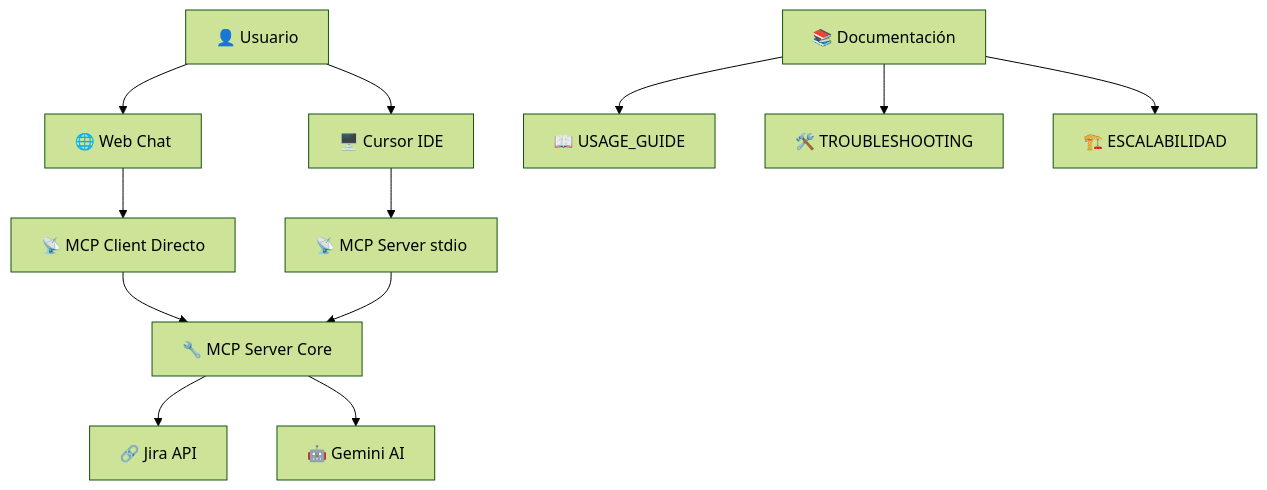
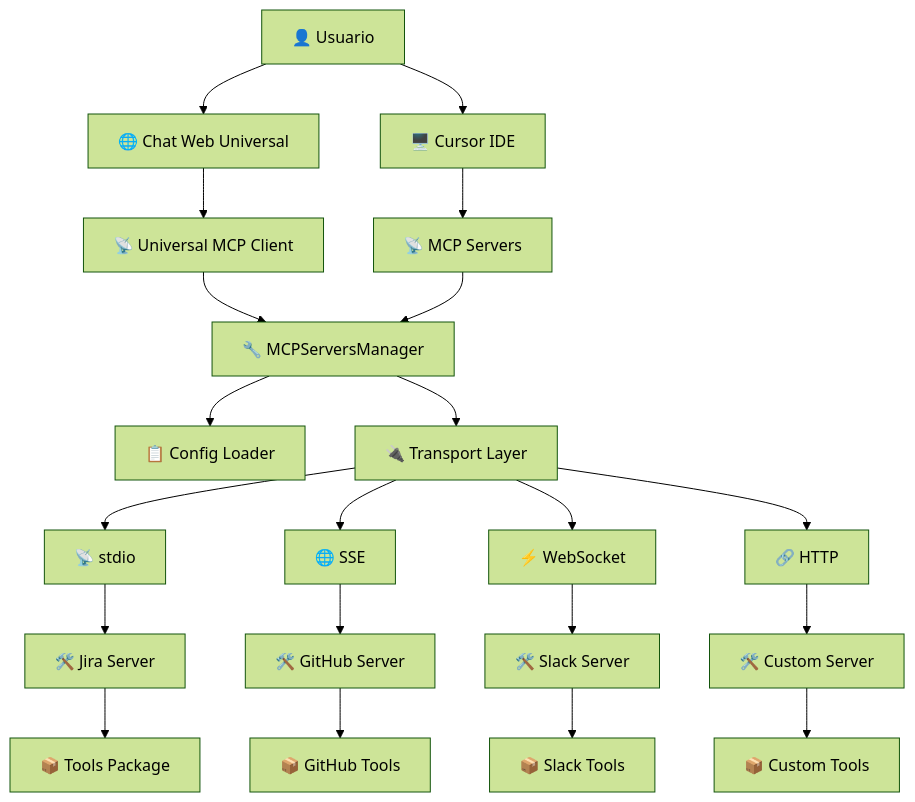
The diagram in README.md (JesusDevs/jira-mcp-chat), drawn with Mermaid (forest theme) before and after one commit. The commit also changed other lines of this file and 7 other files, not shown here.

First line of the commit message:
feat: Sistema MCP Universal v2.0 - Compatible con Cursor IDE

````diff
--- a/README.md
+++ b/README.md
@@ -160,18 +256,29 @@
 ```mermaid
 graph TB
-    A[👤 Usuario] --> B[🌐 Web Chat]
+    A[👤 Usuario] --> B[🌐 Chat Web Universal]
     A --> C[🖥️ Cursor IDE]
     
-    B --> D[📡 MCP Client Directo]
-    C --> E[📡 MCP Server stdio]
+    B --> D[📡 Universal MCP Client]
+    C --> E[📡 MCP Servers]
     
-    D --> F[🔧 MCP Server Core]
+    D --> F[🔧 MCPServersManager]
     E --> F
     
-    F --> G[🔗 Jira API]
-    F --> H[🤖 Gemini AI]
+    F --> G[📋 Config Loader]
+    F --> H[🔌 Transport Layer]
     
-    I[📚 Documentación] --> J[📖 USAGE_GUIDE]
-    I --> K[🛠️ TROUBLESHOOTING]
-    I --> L[🏗️ ESCALABILIDAD]
+    H --> I[📡 stdio]
+    H --> J[🌐 SSE]
+    H --> K[⚡ WebSocket]
+    H --> L[🔗 HTTP]
+    
+    I --> M[🛠️ Jira Server]
+    J --> N[🛠️ GitHub Server]
+    K --> O[🛠️ Slack Server]
+    L --> P[🛠️ Custom Server]
+    
+    M --> Q[📦 Tools Package]
+    N --> R[📦 GitHub Tools]
+    O --> S[📦 Slack Tools]
+    P --> T[📦 Custom Tools]
 ```
````
